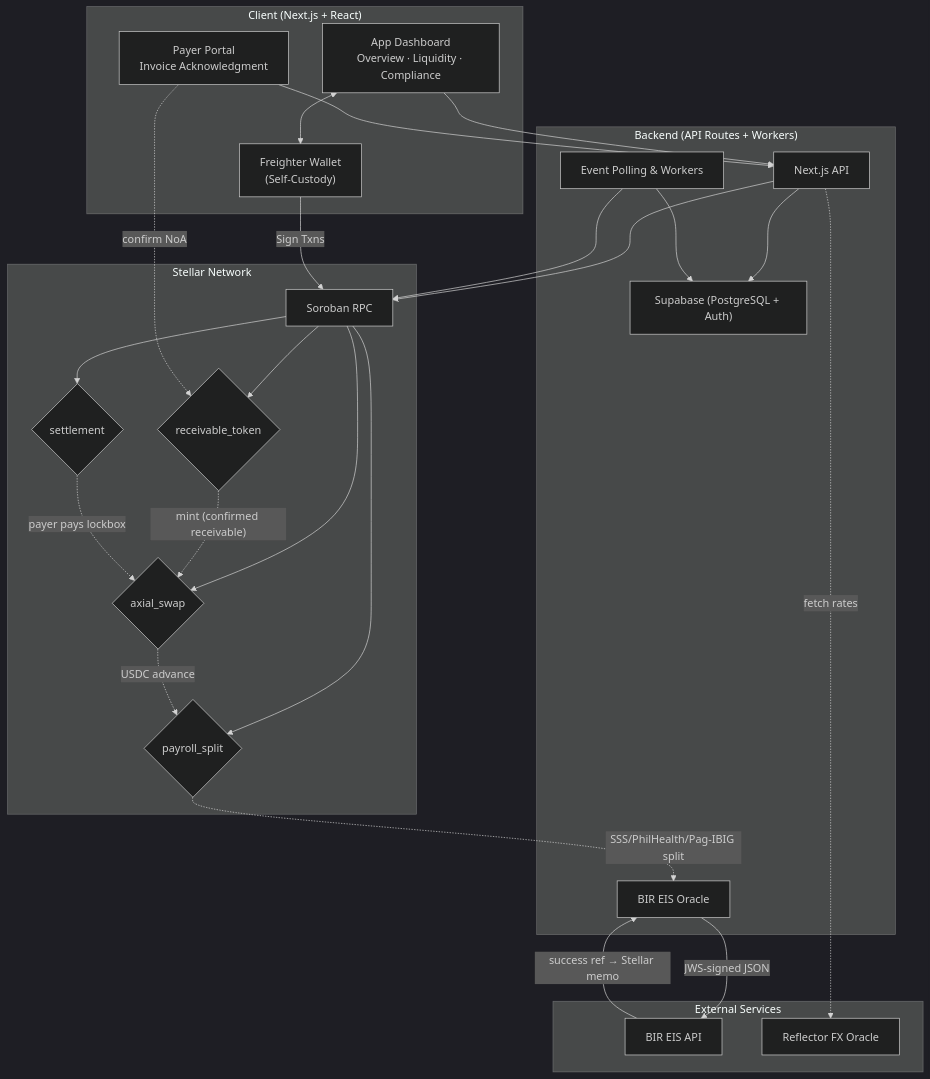
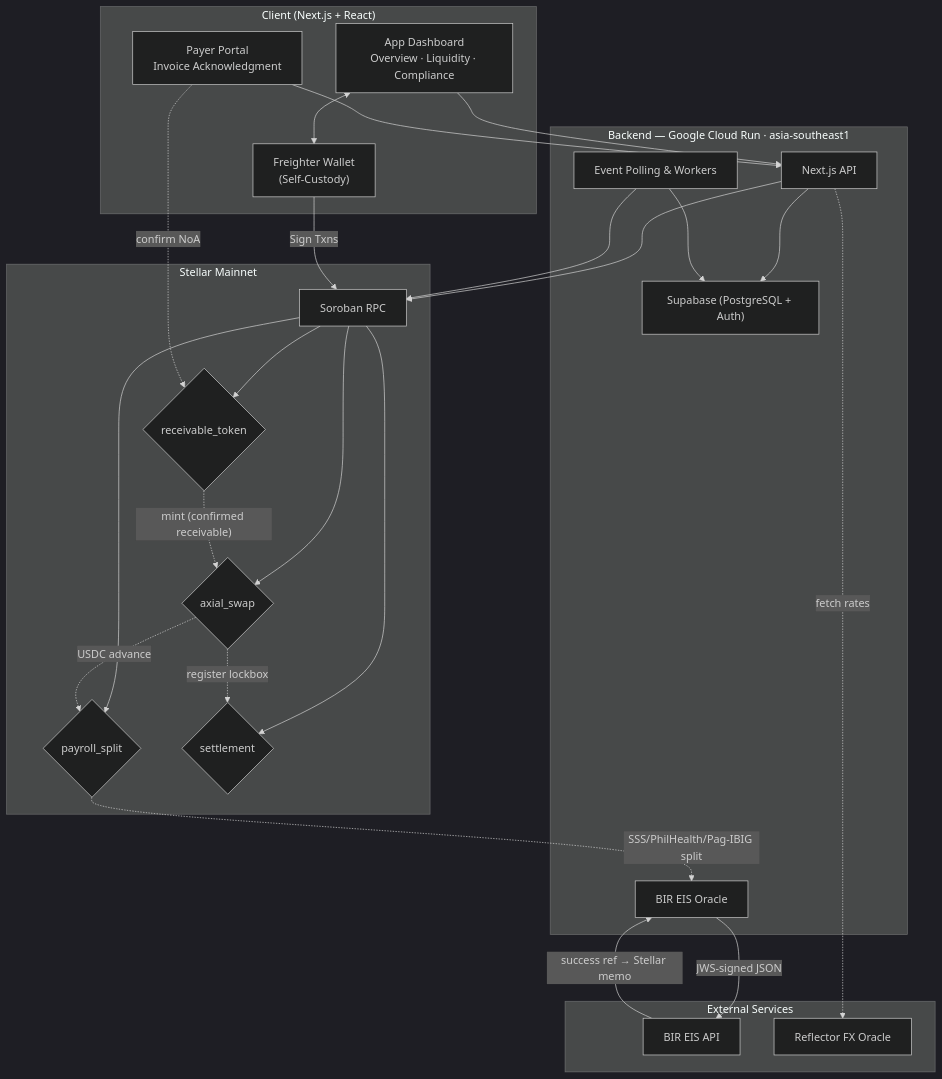
One commit to Axon-Enjin/axial changed the first of 2 diagrams in README.md. Above: the diagram before and after it, drawn with Mermaid (dark theme). The commit also changed other lines of this file and 15 other files, not shown here.

Commit message:
chore: implement Cloud Run deployment pipeline and update project infrastructure documentation

````diff
--- a/README.md
+++ b/README.md
@@ -102,53 +102,53 @@
 ```mermaid
 graph TD
     subgraph Client ["Client (Next.js + React)"]
         UI["App Dashboard<br/>Overview · Liquidity · Compliance"]
         PORTAL["Payer Portal<br/>Invoice Acknowledgment"]
         FREIGHTER["Freighter Wallet<br/>(Self-Custody)"]
     end
 
-    subgraph Stellar ["Stellar Network"]
+    subgraph Stellar ["Stellar Mainnet"]
         RPC["Soroban RPC"]
         RT{"receivable_token"}
         AS{"axial_swap"}
         PS{"payroll_split"}
         SET{"settlement"}
     end
 
-    subgraph Backend ["Backend (API Routes + Workers)"]
+    subgraph Backend ["Backend — Google Cloud Run · asia-southeast1"]
         API["Next.js API"]
         CRON["Event Polling & Workers"]
         DB["Supabase (PostgreSQL + Auth)"]
         ORACLE["BIR EIS Oracle"]
     end
 
     subgraph External ["External Services"]
         EIS["BIR EIS API"]
         REFLECTOR["Reflector FX Oracle"]
     end
 
     UI --> API
     PORTAL --> API
     UI <--> FREIGHTER
     FREIGHTER --> |"Sign Txns"| RPC
     API --> DB
     API --> RPC
     CRON --> RPC
     CRON --> DB
 
     RPC --> RT
     RPC --> AS
     RPC --> PS
     RPC --> SET
     
     API -.-> |"fetch rates"| REFLECTOR
 
     PORTAL -.-> |"confirm NoA"| RT
     RT -.-> |"mint (confirmed receivable)"| AS
     AS -.-> |"USDC advance"| PS
     PS -.-> |"SSS/PhilHealth/Pag-IBIG split"| ORACLE
-    SET -.-> |"payer pays lockbox"| AS
+    AS -.-> |"register lockbox"| SET
 
     ORACLE --> |"JWS-signed JSON"| EIS
     EIS --> |"success ref → Stellar memo"| ORACLE
 ```
````
